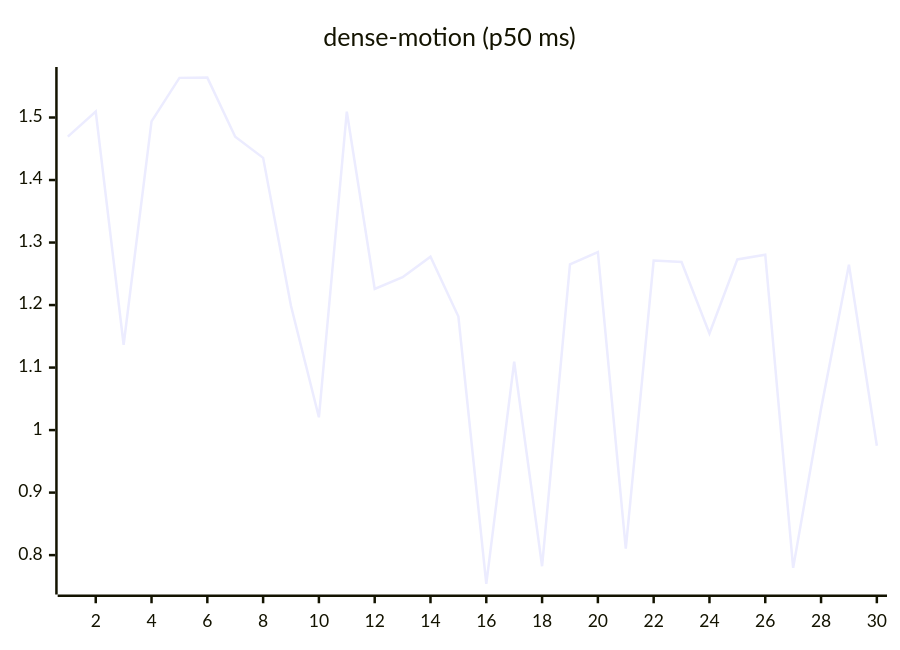
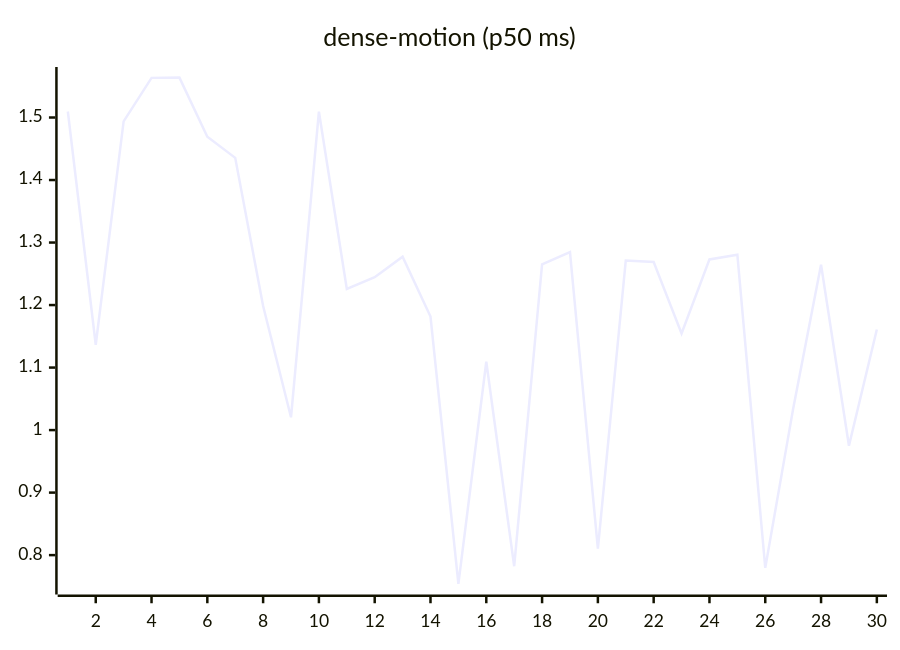
One commit to josha/Facet changed the ninth of 27 diagrams in README.md. Above: the diagram before and after it, drawn with Mermaid. The commit also changed other lines of this file and 2 other files, not shown here.

````diff
--- a/README.md
+++ b/README.md
@@ -119,6 +119,6 @@
 ```mermaid
 xychart-beta
     title "dense-motion (p50 ms)"
     x-axis 1 --> 30
-    line [1.4695, 1.5096, 1.1365, 1.4939, 1.5634, 1.5638, 1.4692, 1.4355, 1.1984, 1.0205, 1.5093, 1.2258, 1.2445, 1.2773, 1.1817, 0.7540, 1.1093, 0.7822, 1.2651, 1.2846, 0.8102, 1.2712, 1.2688, 1.1544, 1.2730, 1.2805, 0.7796, 1.0341, 1.2646, 0.9749]
+    line [1.5096, 1.1365, 1.4939, 1.5634, 1.5638, 1.4692, 1.4355, 1.1984, 1.0205, 1.5093, 1.2258, 1.2445, 1.2773, 1.1817, 0.7540, 1.1093, 0.7822, 1.2651, 1.2846, 0.8102, 1.2712, 1.2688, 1.1544, 1.2730, 1.2805, 0.7796, 1.0341, 1.2646, 0.9749, 1.1610]
 ```
````
